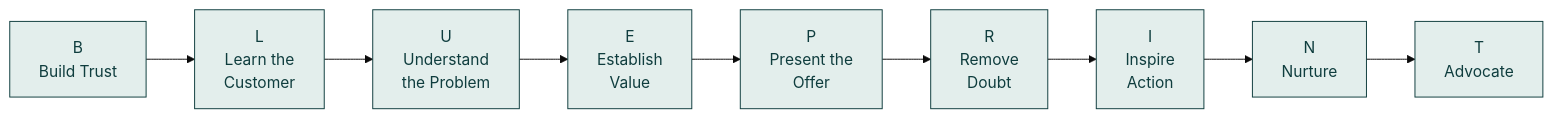
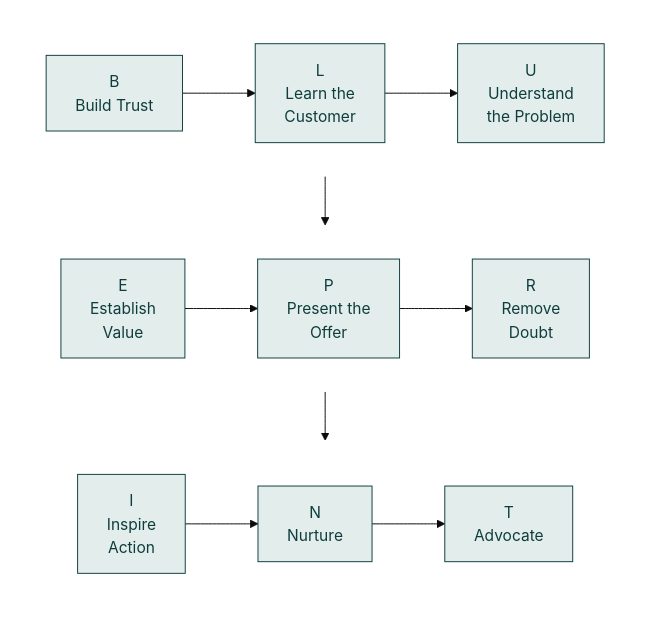
Before and after one commit to bcode73/samsec-sales-skill: the diagram in Sales-Blueprint/visuals/diagrams/figure-13.1-lead-pipeline.mmd, drawn with Mermaid (base theme). The commit also changed 6 other files, not shown here.

First line of the commit message:
Fix diagram proportions: 7 diagrams were rendering as flat ribbons

```diff
--- a/Sales-Blueprint/visuals/diagrams/figure-13.1-lead-pipeline.mmd
+++ b/Sales-Blueprint/visuals/diagrams/figure-13.1-lead-pipeline.mmd
@@ -1,15 +1,24 @@
 %% Figure 13.1: The Lead Pipeline
 %% Placement: manuscript/part-03-modern-selling/module-13-sales-systems.md
 %% Caption: Figure 13.1: every open deal sits under its actual Blueprint stage, which tells you the next specific action.
-flowchart LR
-    B["B\nBuild Trust"] --> L["L\nLearn the\nCustomer"]
-    L --> U["U\nUnderstand\nthe Problem"]
-    U --> E["E\nEstablish\nValue"]
-    E --> P["P\nPresent the\nOffer"]
-    P --> R["R\nRemove\nDoubt"]
-    R --> I["I\nInspire\nAction"]
-    I --> N["N\nNurture"]
-    N --> T["T\nAdvocate"]
+flowchart TD
+    subgraph Row1 [" "]
+        direction LR
+        B["B\nBuild Trust"] --> L["L\nLearn the\nCustomer"] --> U["U\nUnderstand\nthe Problem"]
+    end
+    subgraph Row2 [" "]
+        direction LR
+        E["E\nEstablish\nValue"] --> P["P\nPresent the\nOffer"] --> R["R\nRemove\nDoubt"]
+    end
+    subgraph Row3 [" "]
+        direction LR
+        I["I\nInspire\nAction"] --> N["N\nNurture"] --> T["T\nAdvocate"]
+    end
+    U --> E
+    R --> I
 
     classDef stage fill:#E3EEEC,stroke:#0F3D3E,color:#0F3D3E;
     class B,L,U,E,P,R,I,N,T stage;
+    style Row1 fill:transparent,stroke:transparent
+    style Row2 fill:transparent,stroke:transparent
+    style Row3 fill:transparent,stroke:transparent
```
